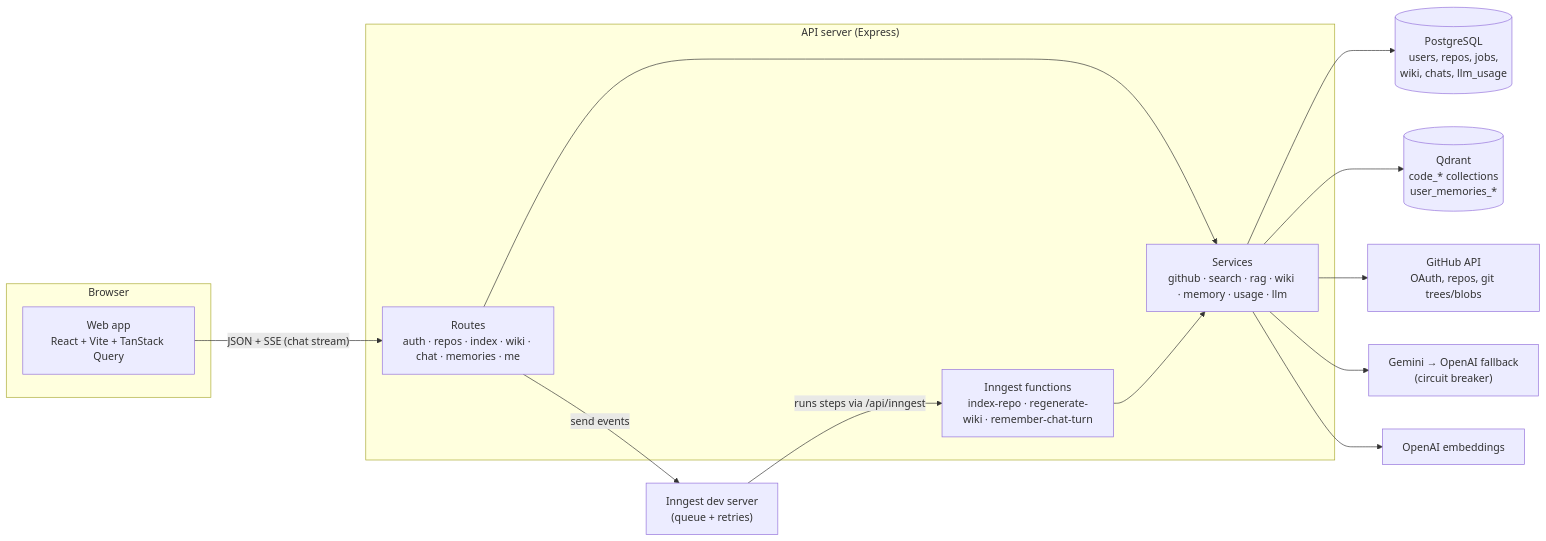
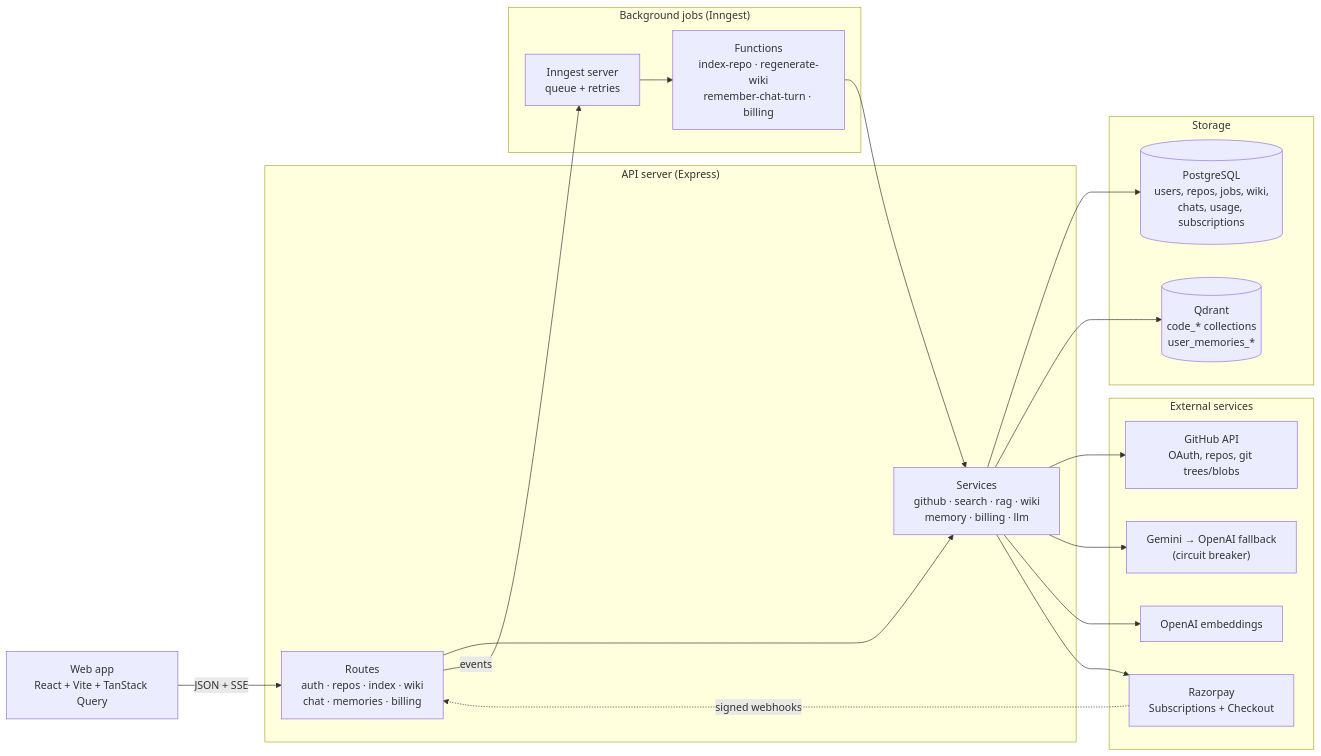
The diagram in README.md (Rajaryan1726/Auto-Git-Wikki), drawn with Mermaid before and after one commit. The commit also changed 27 other files, not shown here.

First line of the commit message:
Screenshots: capture script, README/LinkedIn images, architecture diagram with billing

````diff
--- a/README.md
+++ b/README.md
@@ -73,28 +73,35 @@
 ```mermaid
 flowchart LR
-  subgraph Browser
-    WEB["Web app<br/>React + Vite + TanStack Query"]
+  WEB["Web app<br/>React + Vite + TanStack Query"]
+  subgraph API["API server (Express)"]
+    ROUTES["Routes<br/>auth · repos · index · wiki<br/>chat · memories · billing"]
+    SERVICES["Services<br/>github · search · rag · wiki<br/>memory · billing · llm"]
   end
-  subgraph API["API server (Express)"]
-    ROUTES["Routes<br/>auth · repos · index · wiki · chat · memories · me"]
-    SERVICES["Services<br/>github · search · rag · wiki · memory · usage · llm"]
-    INN["Inngest functions<br/>index-repo · regenerate-wiki · remember-chat-turn"]
+  subgraph JOBS["Background jobs (Inngest)"]
+    WORKER["Inngest server<br/>queue + retries"]
+    INN["Functions<br/>index-repo · regenerate-wiki<br/>remember-chat-turn · billing"]
   end
-  PG[("PostgreSQL<br/>users, repos, jobs,<br/>wiki, chats, llm_usage")]
-  QD[("Qdrant<br/>code_* collections<br/>user_memories_*")]
-  WORKER["Inngest dev server<br/>(queue + retries)"]
-  GH["GitHub API<br/>OAuth, repos, git trees/blobs"]
-  LLM["Gemini → OpenAI fallback<br/>(circuit breaker)"]
-  EMB["OpenAI embeddings"]
+  subgraph Data["Storage"]
+    PG[("PostgreSQL<br/>users, repos, jobs, wiki,<br/>chats, usage, subscriptions")]
+    QD[("Qdrant<br/>code_* collections<br/>user_memories_*")]
+  end
+  subgraph External["External services"]
+    GH["GitHub API<br/>OAuth, repos, git trees/blobs"]
+    LLM["Gemini → OpenAI fallback<br/>(circuit breaker)"]
+    EMB["OpenAI embeddings"]
+    RZP["Razorpay<br/>Subscriptions + Checkout"]
+  end
 
-  WEB -- "JSON + SSE (chat stream)" --> ROUTES
+  WEB -- "JSON + SSE" --> ROUTES
   ROUTES --> SERVICES
+  ROUTES -- "events" --> WORKER
+  WORKER --> INN
+  INN --> SERVICES
   SERVICES --> PG
   SERVICES --> QD
   SERVICES --> GH
   SERVICES --> LLM
   SERVICES --> EMB
-  ROUTES -- "send events" --> WORKER
-  WORKER -- "runs steps via /api/inngest" --> INN
-  INN --> SERVICES
+  SERVICES --> RZP
+  RZP -. "signed webhooks" .-> ROUTES
 ```
````
